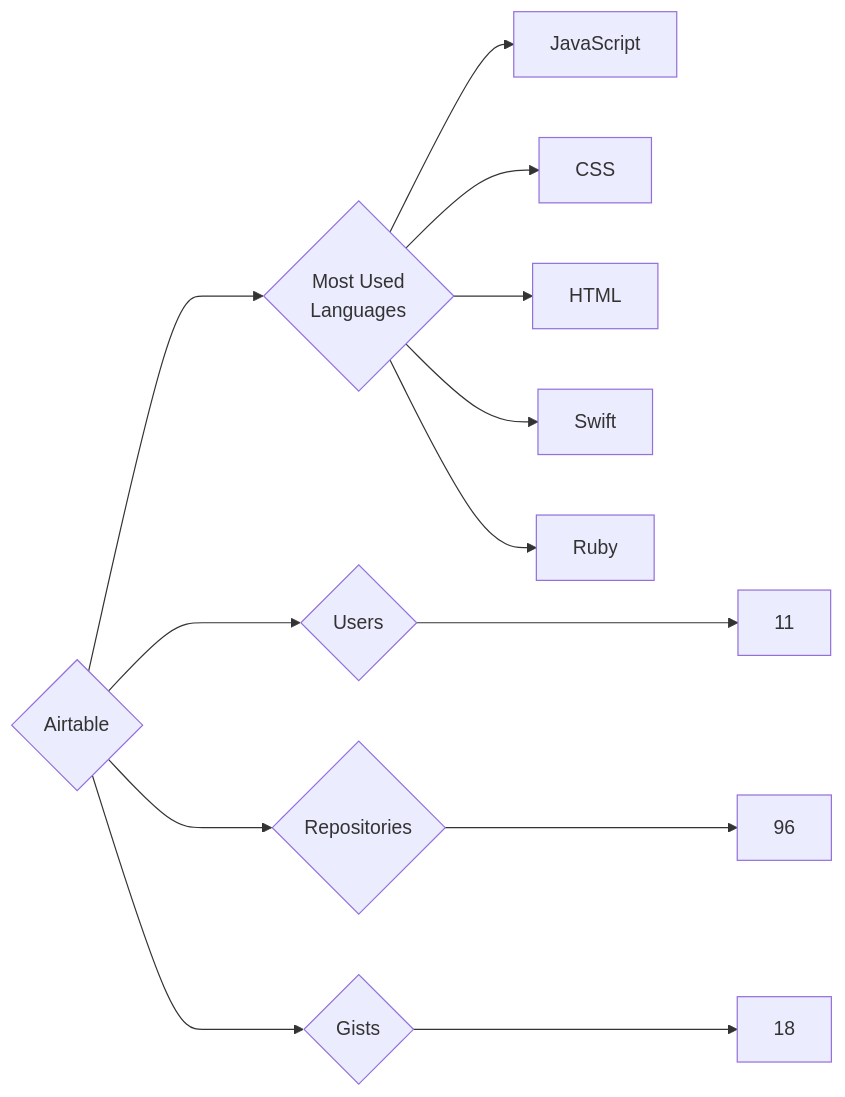
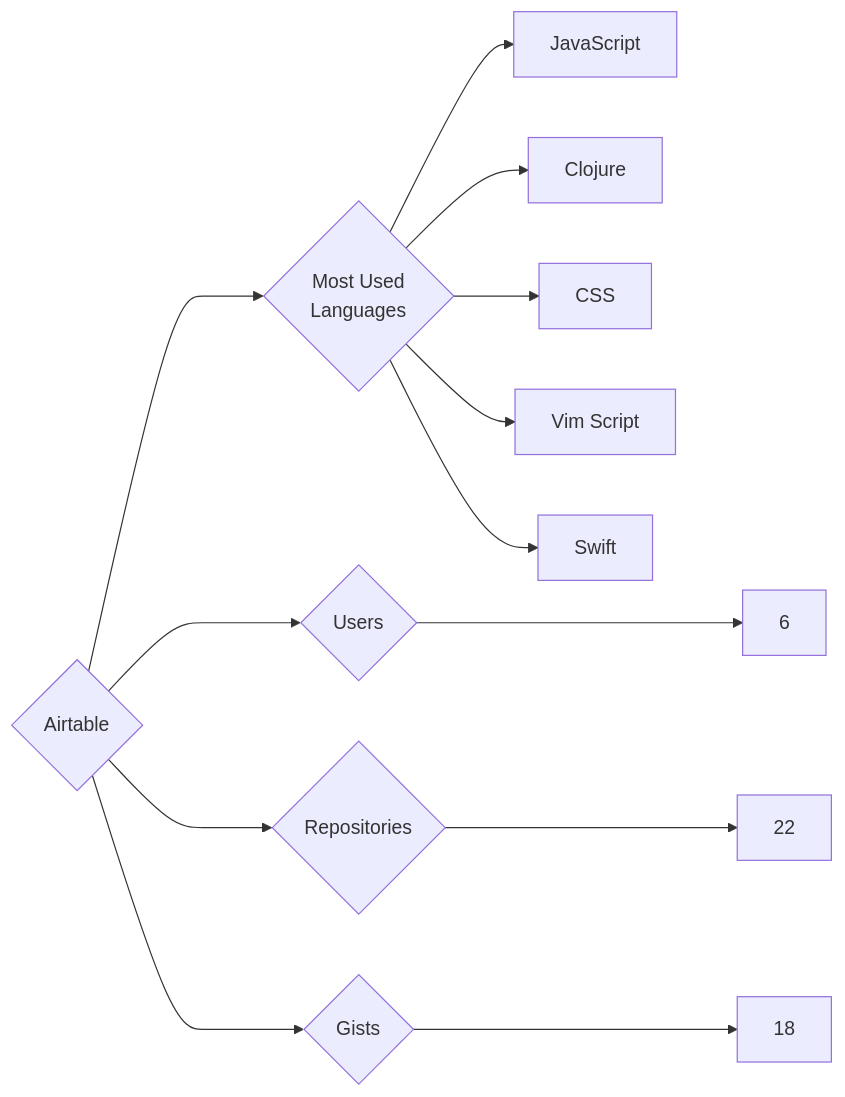
The diagram in targets/Airtable/README.md (trickest/insiders), drawn with Mermaid before and after one commit. The commit also changed 942 other files, not shown here.

````diff
--- a/targets/Airtable/README.md
+++ b/targets/Airtable/README.md
@@ -3,13 +3,13 @@
 ```mermaid
 graph LR
 COMPANY_NAME{Airtable}
-COMPANY_NAME ---> U{Users} ---> UN[11]
-COMPANY_NAME ---> R{Repositories} ---> RN[96]
+COMPANY_NAME ---> U{Users} ---> UN[6]
+COMPANY_NAME ---> R{Repositories} ---> RN[22]
 COMPANY_NAME ---> G{Gists} ---> GN[18]
 COMPANY_NAME ---> ML{Most Used<br>Languages}
 ML --> JavaScript[JavaScript]
+ML --> Clojure[Clojure]
 ML --> CSS[CSS]
-ML --> HTML[HTML]
+ML --> Vim_Script[Vim Script]
 ML --> Swift[Swift]
-ML --> Ruby[Ruby]
 ```
````
